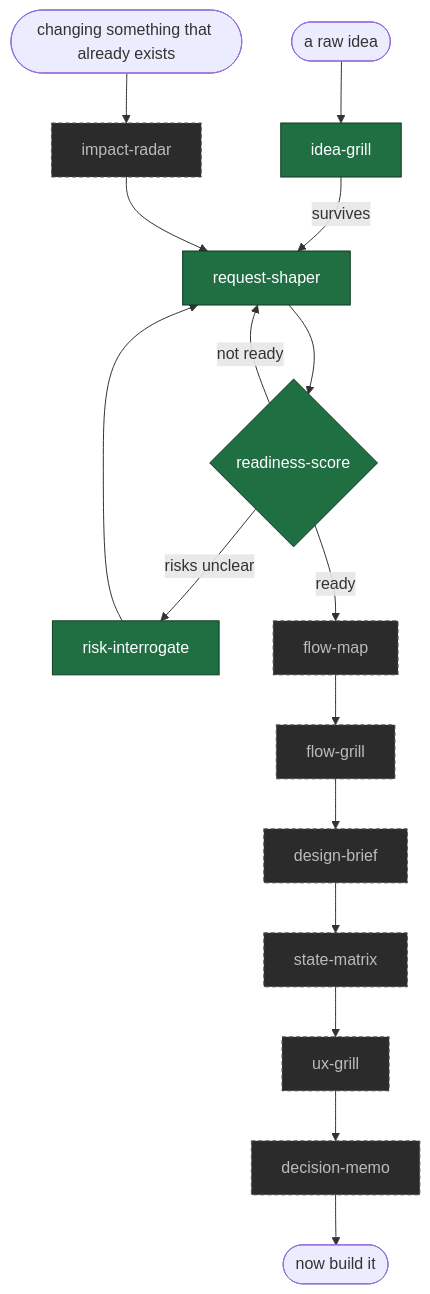
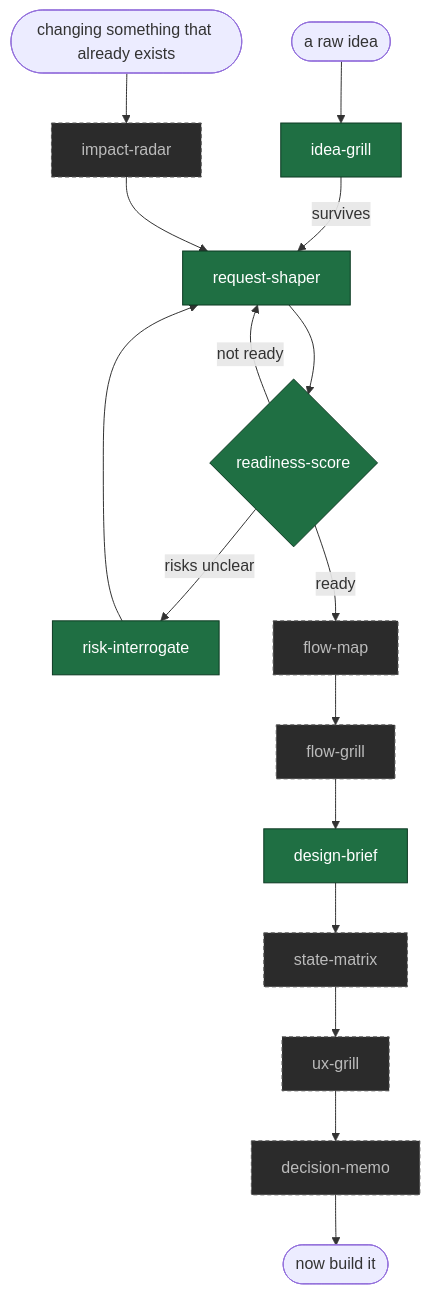
One commit to ratipcan-uysal/before-you-build changed the diagram in README.md. Above: the diagram before and after it, drawn with Mermaid. The commit also changed other lines of this file and 6 other files, not shown here.

````diff
--- a/README.md
+++ b/README.md
@@ -36,23 +36,23 @@
 ```mermaid
 flowchart TD
     idea([a raw idea]) --> IG[idea-grill]
     IG -->|survives| RS[request-shaper]
     RS --> SC{readiness-score}
     SC -->|not ready| RS
     SC -->|risks unclear| RI[risk-interrogate]
     RI --> RS
     SC -->|ready| FM[flow-map]
     FM --> FG[flow-grill]
     FG --> DB[design-brief]
     DB --> SM[state-matrix]
     SM --> UX[ux-grill]
     UX --> DM[decision-memo]
     DM --> out([now build it])
     change([changing something that already exists]) --> IR[impact-radar]
     IR --> RS
 
     classDef shipped fill:#1f6f43,stroke:#0d3a23,color:#fff
     classDef planned fill:#2b2b2b,stroke:#555,color:#bbb,stroke-dasharray:4 3
-    class IG,RS,SC,RI shipped
-    class FM,FG,DB,SM,UX,IR,DM planned
+    class IG,RS,SC,RI,DB shipped
+    class FM,FG,SM,UX,IR,DM planned
 ```
````
